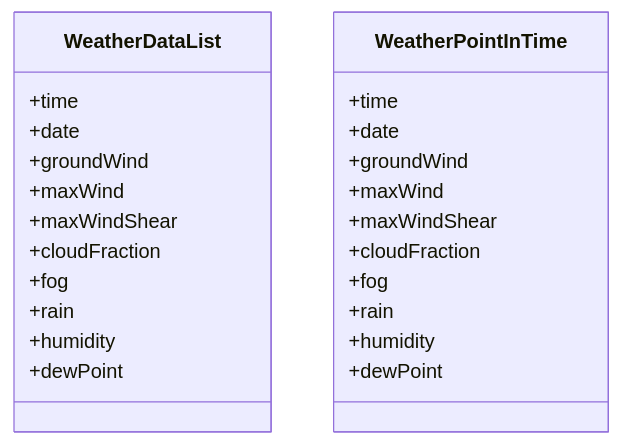
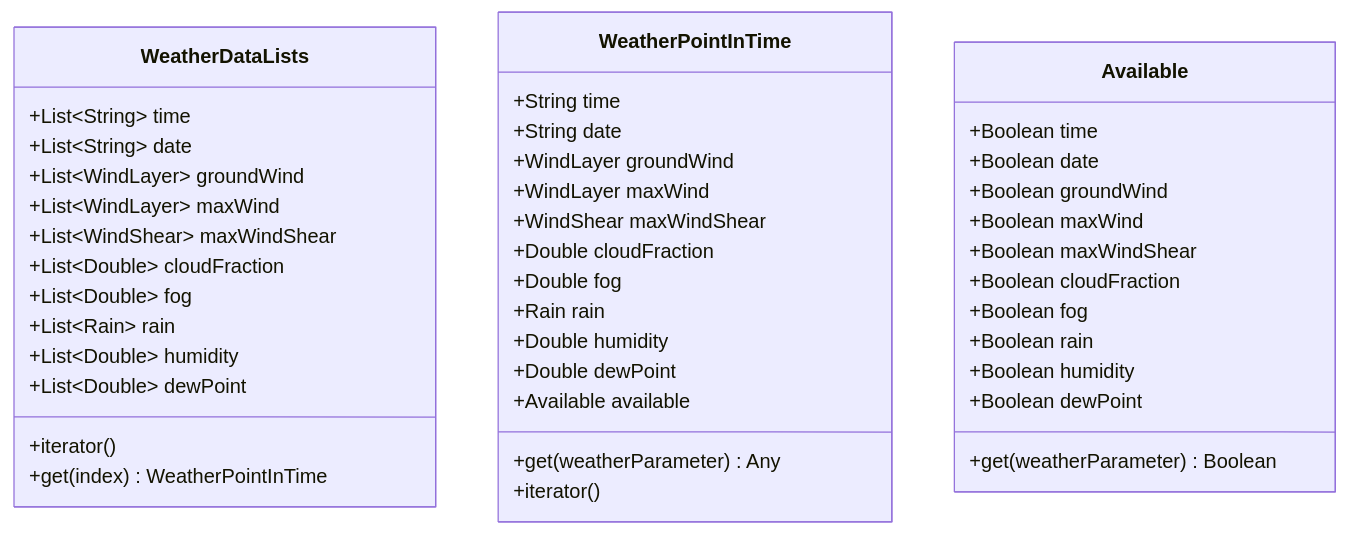
Before and after one commit to TheLyngset/liftOff: the third of 3 diagrams in MODELING.md, drawn with Mermaid. The commit also changed other lines of this file, not shown here.

Commit message:
added description for class diagram in MODELING.md

````diff
--- a/MODELING.md
+++ b/MODELING.md
@@ -284,27 +294,45 @@
 ```mermaid
 classDiagram
-        class WeatherDataList{
-        +time
-        +date
-        +groundWind
-        +maxWind
-        +maxWindShear
-        +cloudFraction
-        +fog
-        +rain
-        +humidity
-        +dewPoint
+        class WeatherDataLists{
+        +List~String~ time
+        +List~String~ date
+        +List~WindLayer~ groundWind
+        +List~WindLayer~ maxWind
+        +List~WindShear~ maxWindShear
+        +List~Double~ cloudFraction
+        +List~Double~ fog
+        +List~Rain~ rain
+        +List~Double~ humidity
+        +List~Double~ dewPoint
+        +iterator()
+        +get(index) WeatherPointInTime
     }
     class WeatherPointInTime{
-        +time
-        +date
-        +groundWind
-        +maxWind
-        +maxWindShear
-        +cloudFraction
-        +fog
-        +rain
-        +humidity
-        +dewPoint
+        +String time
+        +String date
+        +WindLayer groundWind
+        +WindLayer maxWind
+        +WindShear maxWindShear
+        +Double cloudFraction
+        +Double fog
+        +Rain rain
+        +Double humidity
+        +Double dewPoint
+        +Available available
+        +get(weatherParameter) Any
+        +iterator()
+    }
+    class Available{
+        +Boolean time
+        +Boolean date
+        +Boolean groundWind
+        +Boolean maxWind
+        +Boolean maxWindShear
+        +Boolean cloudFraction
+        +Boolean fog
+        +Boolean rain
+        +Boolean humidity
+        +Boolean dewPoint
+        +get(weatherParameter) Boolean
     }
 ```
````
